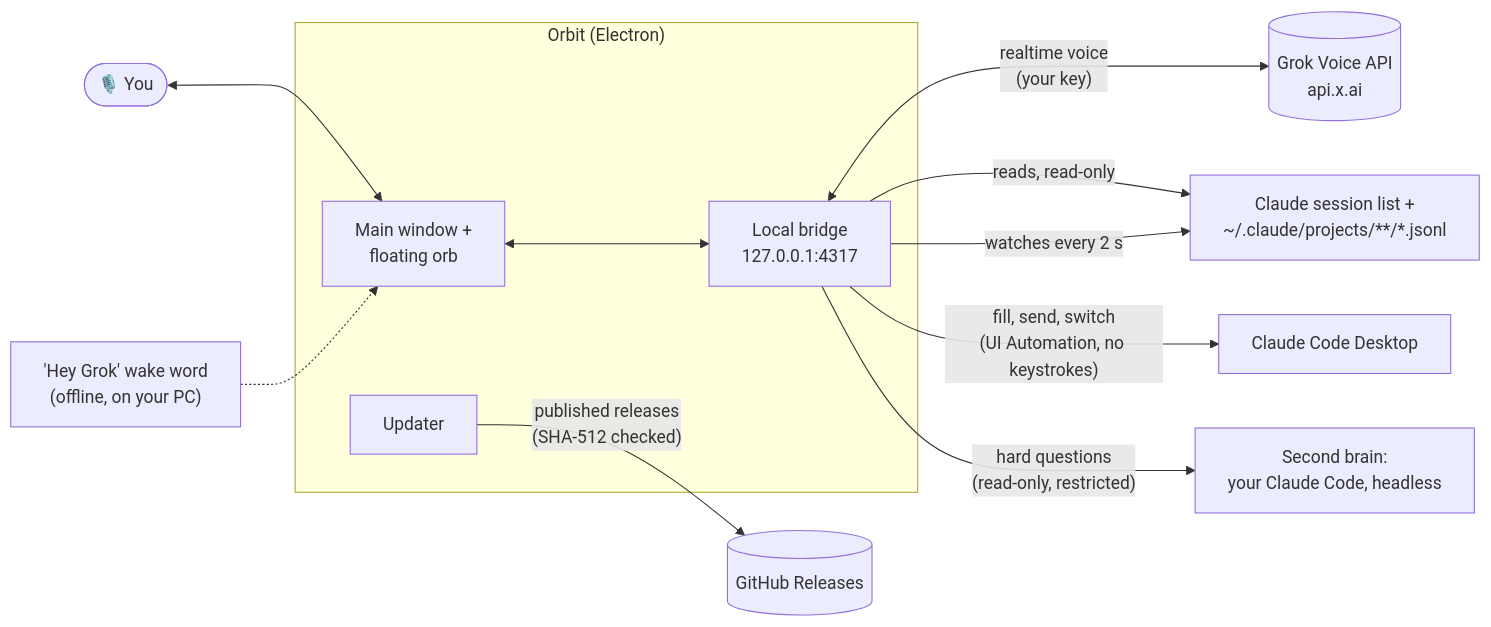
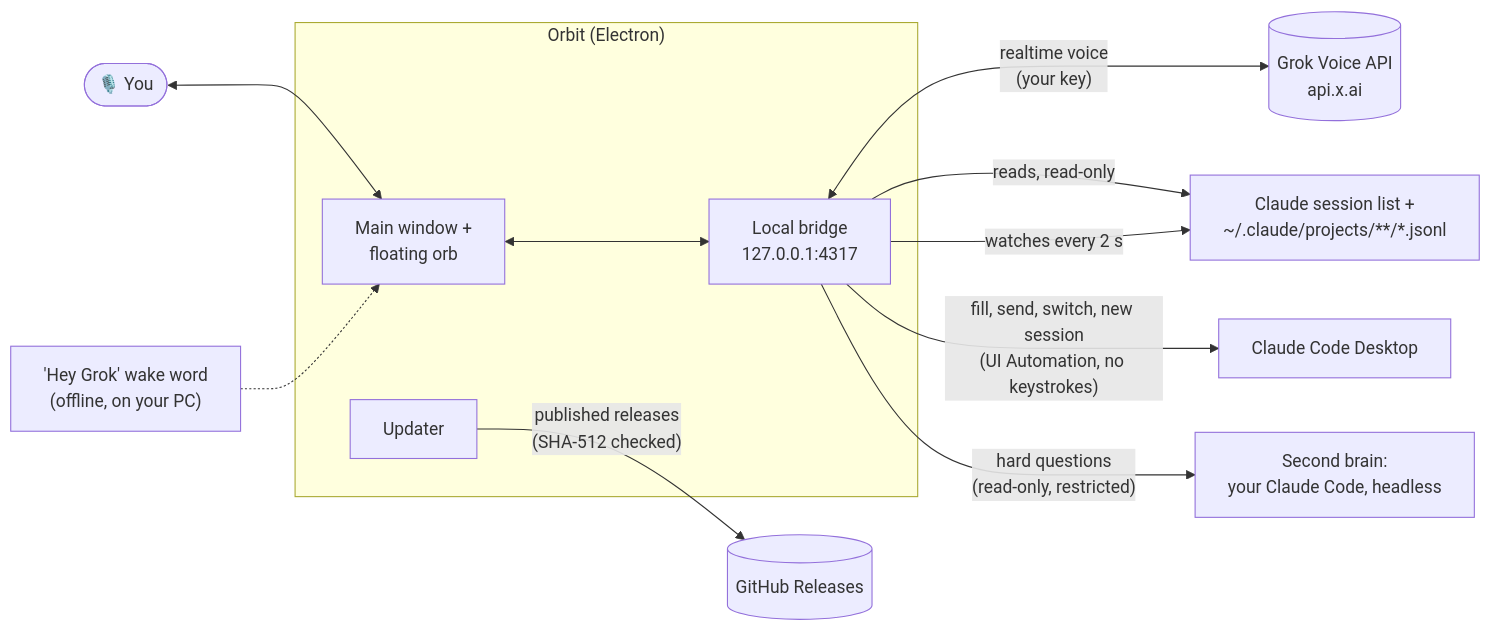
Before and after one commit to Cookiebubba/orbit-voice: the diagram in README.md, drawn with Mermaid. The commit also changed other lines of this file and 19 other files, not shown here.

````diff
--- a/README.md
+++ b/README.md
@@ -77,15 +80,15 @@
 ```mermaid
 flowchart LR
   you(["🎙️ You"]) <--> ui
   subgraph orbit["Orbit (Electron)"]
     ui["Main window +<br/>floating orb"] <--> bridge["Local bridge<br/>127.0.0.1:4317"]
     updater["Updater"]
   end
   bridge <-->|"realtime voice<br/>(your key)"| grok[("Grok Voice API<br/>api.x.ai")]
   bridge -->|"reads, read-only"| files["Claude session list +<br/>~/.claude/projects/**/*.jsonl"]
   bridge -->|"watches every 2 s"| files
-  bridge -->|"fill, send, switch<br/>(UI Automation, no keystrokes)"| claude["Claude Code Desktop"]
+  bridge -->|"fill, send, switch, new session<br/>(UI Automation, no keystrokes)"| claude["Claude Code Desktop"]
   bridge -->|"hard questions<br/>(read-only, restricted)"| brain["Second brain:<br/>your Claude Code, headless"]
   updater -->|"published releases<br/>(SHA-512 checked)"| releases[("GitHub Releases")]
   wake["'Hey Grok' wake word<br/>(offline, on your PC)"] -.-> ui
 ```
````
